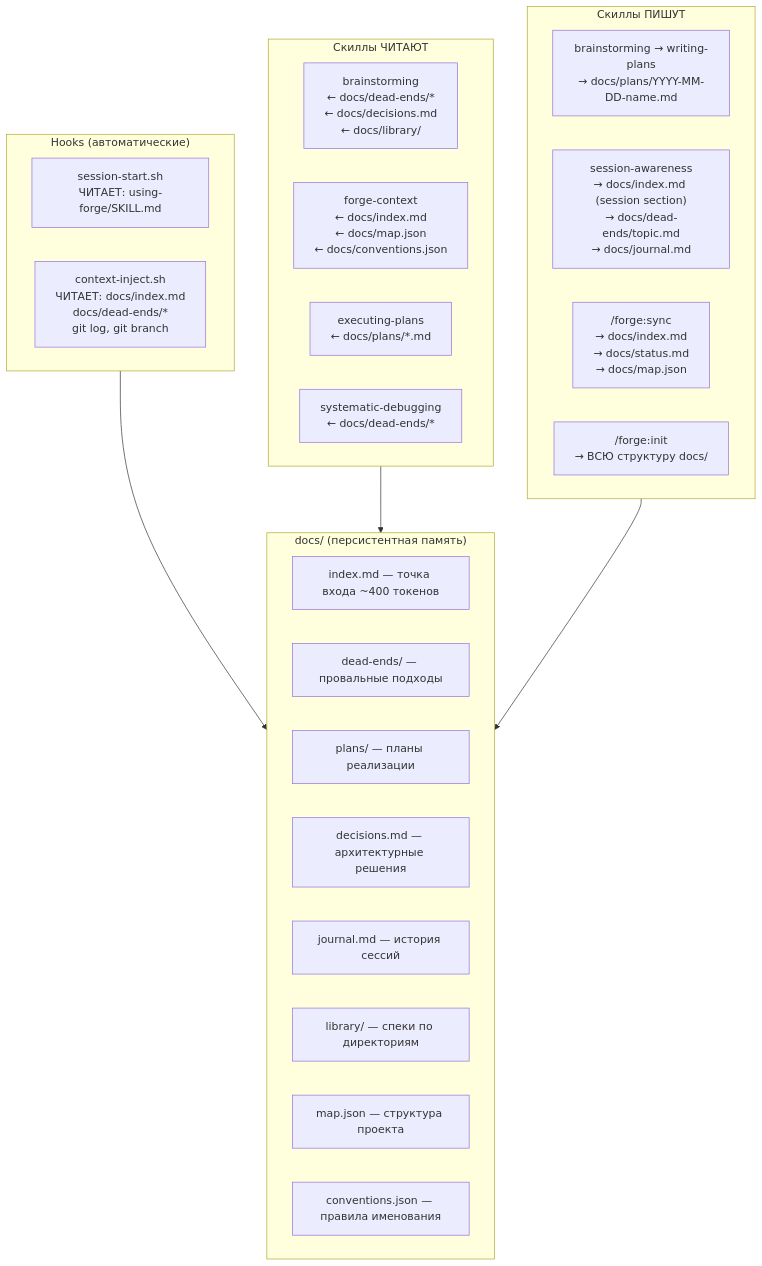
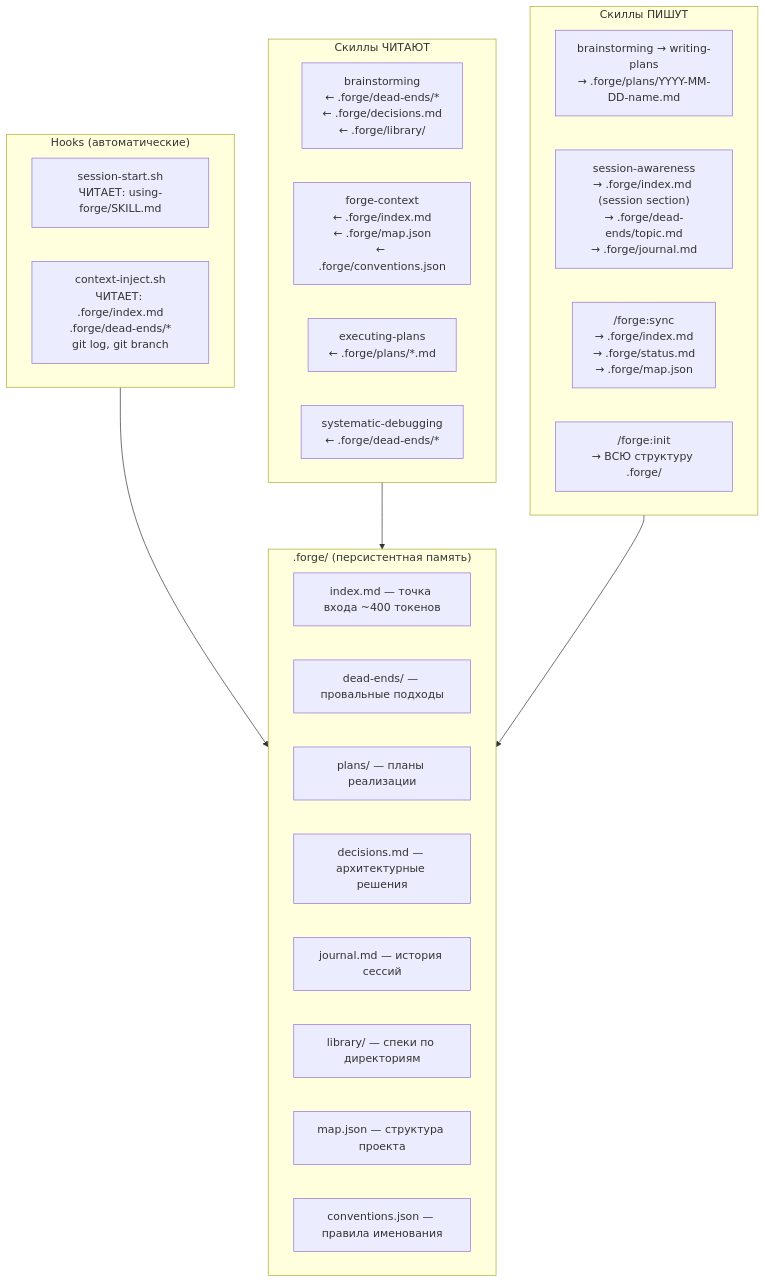
The fifth of 5 diagrams in forge-plugin/docs/forge-runtime-flow.md (anton-ai5010/forge), drawn with Mermaid before and after one commit. The commit also changed other lines of this file and 42 other files, not shown here.

````diff
--- a/forge-plugin/docs/forge-runtime-flow.md
+++ b/forge-plugin/docs/forge-runtime-flow.md
@@ -143,36 +143,36 @@
 ```mermaid
 flowchart TB
     subgraph HOOKS["Hooks (автоматические)"]
         H1["session-start.sh<br/>ЧИТАЕТ: using-forge/SKILL.md"]
-        H2["context-inject.sh<br/>ЧИТАЕТ: docs/index.md<br/>docs/dead-ends/*<br/>git log, git branch"]
+        H2["context-inject.sh<br/>ЧИТАЕТ: .forge/index.md<br/>.forge/dead-ends/*<br/>git log, git branch"]
     end
 
     subgraph SKILLS_READ["Скиллы ЧИТАЮТ"]
-        SR1["brainstorming<br/>← docs/dead-ends/*<br/>← docs/decisions.md<br/>← docs/library/"]
-        SR2["forge-context<br/>← docs/index.md<br/>← docs/map.json<br/>← docs/conventions.json"]
-        SR3["executing-plans<br/>← docs/plans/*.md"]
-        SR4["systematic-debugging<br/>← docs/dead-ends/*"]
+        SR1["brainstorming<br/>← .forge/dead-ends/*<br/>← .forge/decisions.md<br/>← .forge/library/"]
+        SR2["forge-context<br/>← .forge/index.md<br/>← .forge/map.json<br/>← .forge/conventions.json"]
+        SR3["executing-plans<br/>← .forge/plans/*.md"]
+        SR4["systematic-debugging<br/>← .forge/dead-ends/*"]
     end
 
     subgraph SKILLS_WRITE["Скиллы ПИШУТ"]
-        SW1["brainstorming → writing-plans<br/>→ docs/plans/YYYY-MM-DD-name.md"]
-        SW2["session-awareness<br/>→ docs/index.md (session section)<br/>→ docs/dead-ends/topic.md<br/>→ docs/journal.md"]
-        SW3["/forge:sync<br/>→ docs/index.md<br/>→ docs/status.md<br/>→ docs/map.json"]
-        SW4["/forge:init<br/>→ ВСЮ структуру docs/"]
+        SW1["brainstorming → writing-plans<br/>→ .forge/plans/YYYY-MM-DD-name.md"]
+        SW2["session-awareness<br/>→ .forge/index.md (session section)<br/>→ .forge/dead-ends/topic.md<br/>→ .forge/journal.md"]
+        SW3["/forge:sync<br/>→ .forge/index.md<br/>→ .forge/status.md<br/>→ .forge/map.json"]
+        SW4["/forge:init<br/>→ ВСЮ структуру .forge/"]
     end
 
-    subgraph DOCS["docs/ (персистентная память)"]
+    subgraph DOCS[".forge/ (персистентная память)"]
         D1["index.md — точка входа ~400 токенов"]
         D2["dead-ends/ — провальные подходы"]
         D3["plans/ — планы реализации"]
         D4["decisions.md — архитектурные решения"]
         D5["journal.md — история сессий"]
         D6["library/ — спеки по директориям"]
         D7["map.json — структура проекта"]
         D8["conventions.json — правила именования"]
     end
 
     HOOKS --> DOCS
     SKILLS_READ --> DOCS
     SKILLS_WRITE --> DOCS
 ```
````
